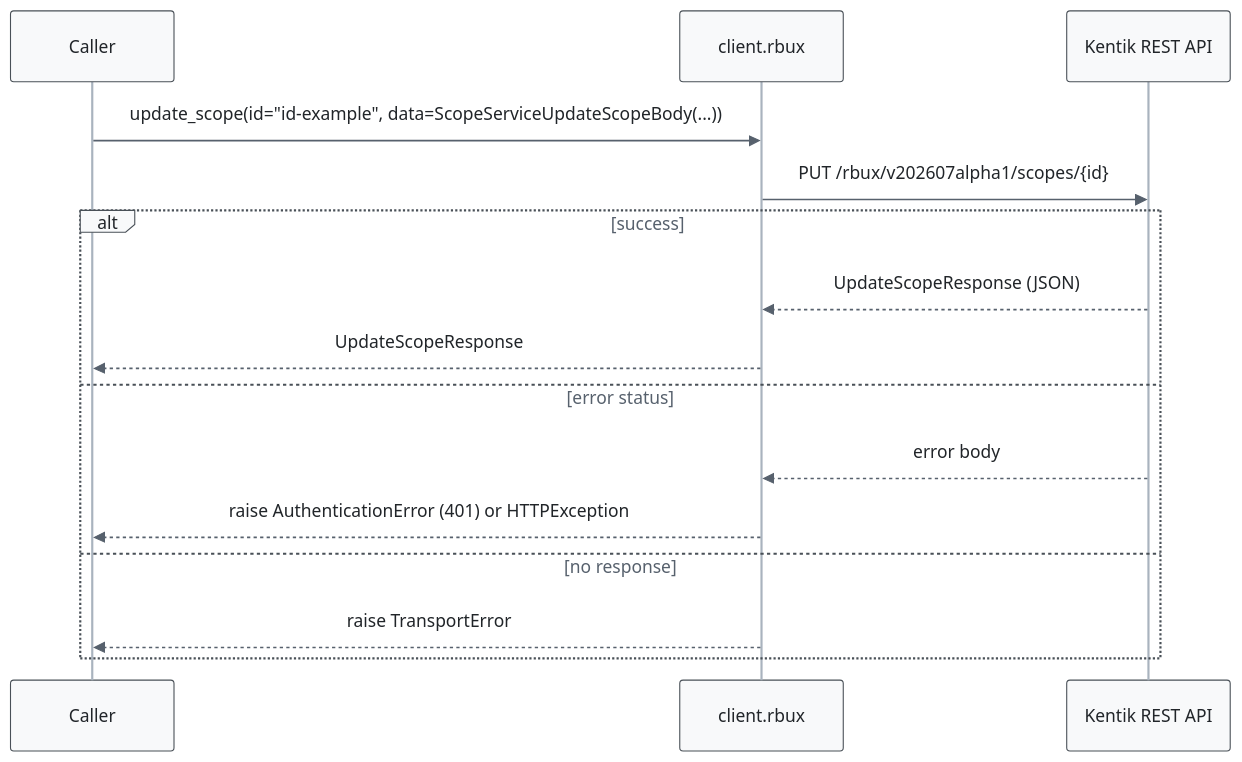
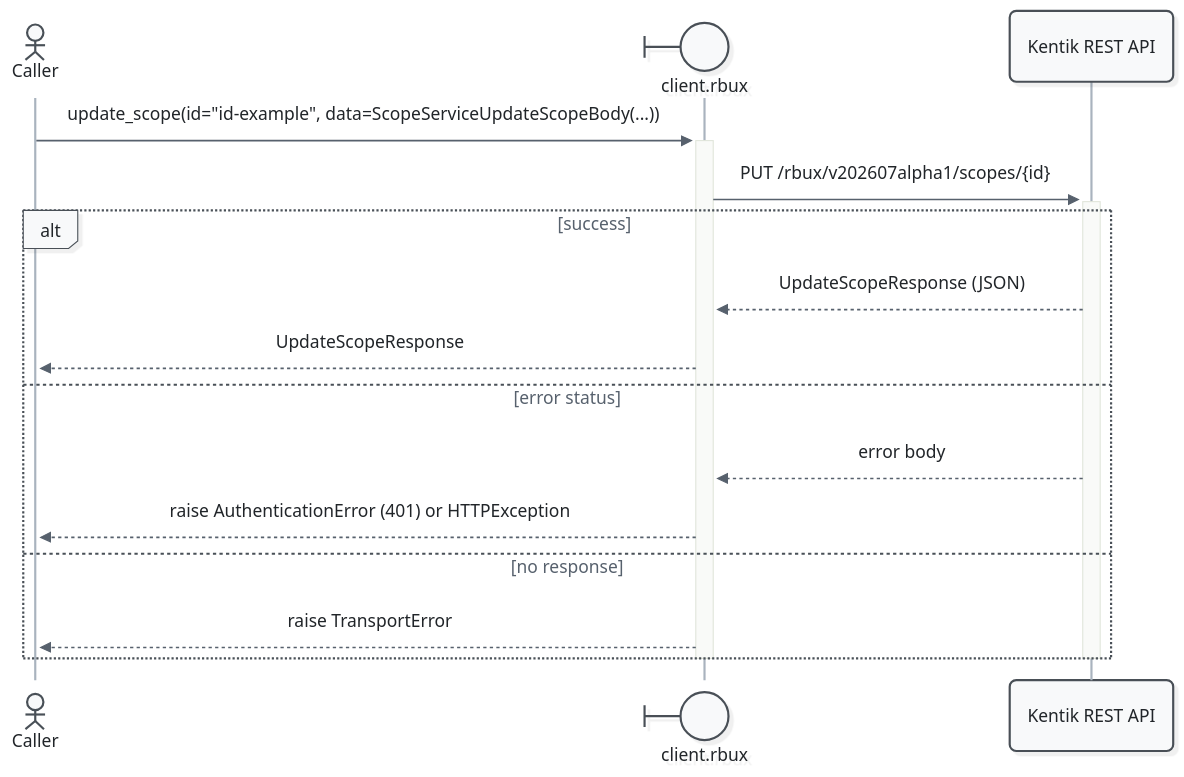
The seventh of 11 diagrams in docs/sphinx/services/rbux.md (alexdearaujo/community_sdk_python), drawn with Mermaid before and after one commit. The commit also changed other lines of this file and 52 other files, not shown here.

First line of the commit message:
docs: Mermaid 12 sequence diagrams with participant types and path colors

````diff
--- a/docs/sphinx/services/rbux.md
+++ b/docs/sphinx/services/rbux.md
@@ -260,19 +275,21 @@
 ```mermaid
-%%{init: {"theme": "base", "fontFamily": "ui-monospace, SFMono-Regular, Menlo, monospace", "themeVariables": {"fontFamily": "ui-monospace, SFMono-Regular, Menlo, monospace", "primaryColor": "#f8f9fa", "primaryBorderColor": "#495057", "primaryTextColor": "#212529", "textColor": "#212529", "lineColor": "#77818c", "edgeLabelBackground": "#ffffff", "actorBkg": "#f8f9fa", "actorBorder": "#495057", "actorTextColor": "#212529", "actorLineColor": "#a9b3be", "signalColor": "#57616d", "signalTextColor": "#212529", "labelBoxBkgColor": "#f8f9fa", "labelBoxBorderColor": "#495057", "labelTextColor": "#212529", "loopTextColor": "#57616d", "noteBkgColor": "#fff9db", "noteBorderColor": "#f08c00", "noteTextColor": "#a35a00"}, "flowchart": {"curve": "step", "nodeSpacing": 30, "rankSpacing": 70, "wrappingWidth": 400}}}%%
+%%{init: {"theme": "redux", "look": "neo", "layout": "dagre", "fontFamily": "ui-monospace, SFMono-Regular, Menlo, monospace", "themeVariables": {"fontFamily": "ui-monospace, SFMono-Regular, Menlo, monospace", "primaryColor": "#f8f9fa", "primaryBorderColor": "#495057", "primaryTextColor": "#212529", "textColor": "#212529", "lineColor": "#77818c", "edgeLabelBackground": "#ffffff", "actorBkg": "#f8f9fa", "actorBorder": "#495057", "actorTextColor": "#212529", "actorLineColor": "#a9b3be", "signalColor": "#57616d", "signalTextColor": "#212529", "labelBoxBkgColor": "#f8f9fa", "labelBoxBorderColor": "#495057", "labelTextColor": "#212529", "loopTextColor": "#57616d", "noteBkgColor": "#fff9db", "noteBorderColor": "#f08c00", "noteTextColor": "#a35a00"}, "sequence": {"activationWidth": 16}, "flowchart": {"curve": "step", "nodeSpacing": 30, "rankSpacing": 70, "wrappingWidth": 400}}}%%
 sequenceDiagram
-    participant C as Caller
-    participant W as client.rbux
+    actor C as Caller
+    participant W@{ "type": "boundary" } as client.rbux
     participant API as Kentik REST API
 
-    C->>W: update_scope(id="id-example", data=ScopeServiceUpdateScopeBody(...))
-    W->>API: PUT /rbux/v202607alpha1/scopes/{id}
+    C->>+W: update_scope(id="id-example", data=ScopeServiceUpdateScopeBody(...))
+    W->>+API: PUT /rbux/v202607alpha1/scopes/{id}
     alt success
         API-->>W: UpdateScopeResponse (JSON)
         W-->>C: UpdateScopeResponse
     else error status
         API-->>W: error body
         W-->>C: raise AuthenticationError (401) or HTTPException
     else no response
         W-->>C: raise TransportError
     end
+    deactivate API
+    deactivate W
 ```
````
